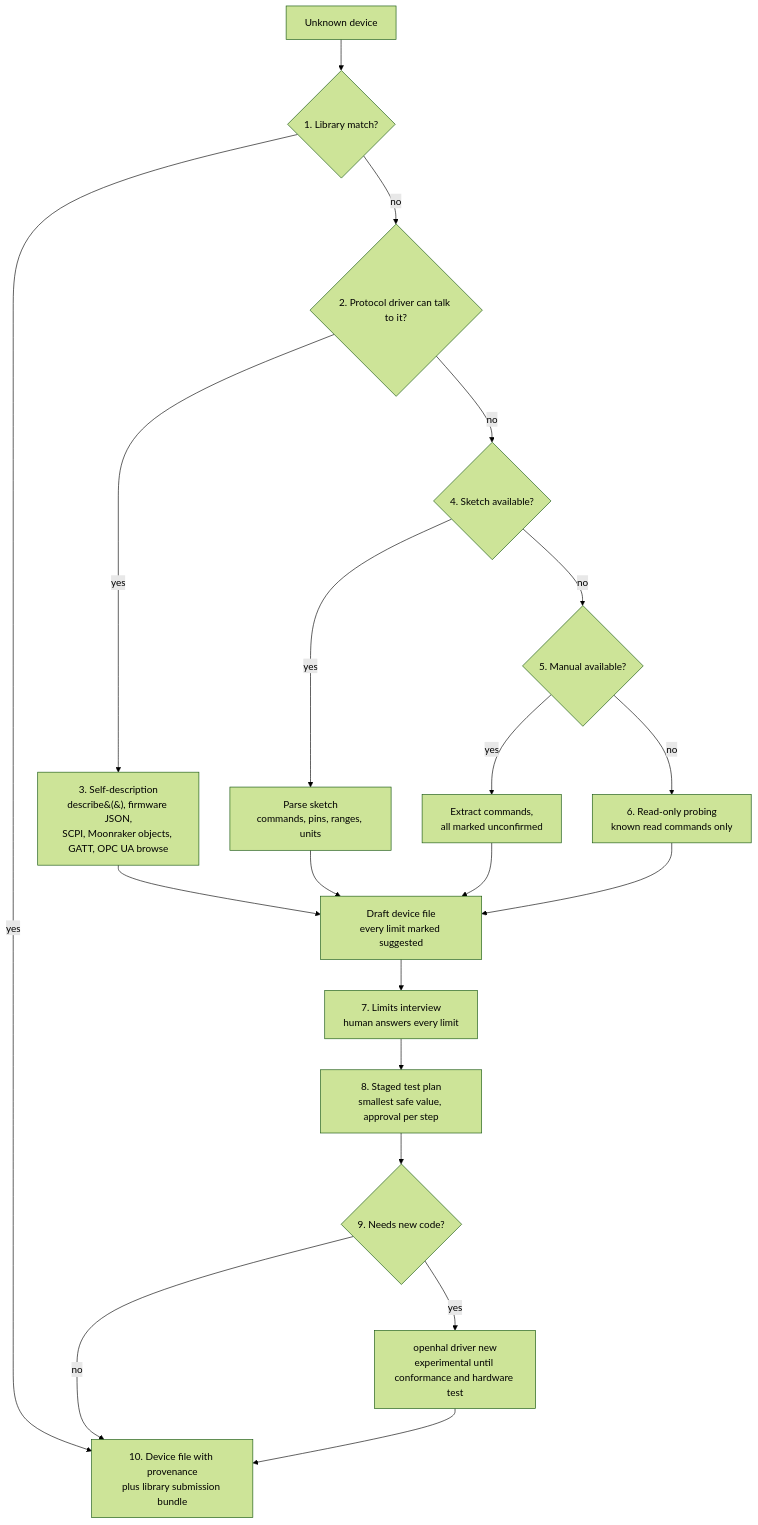
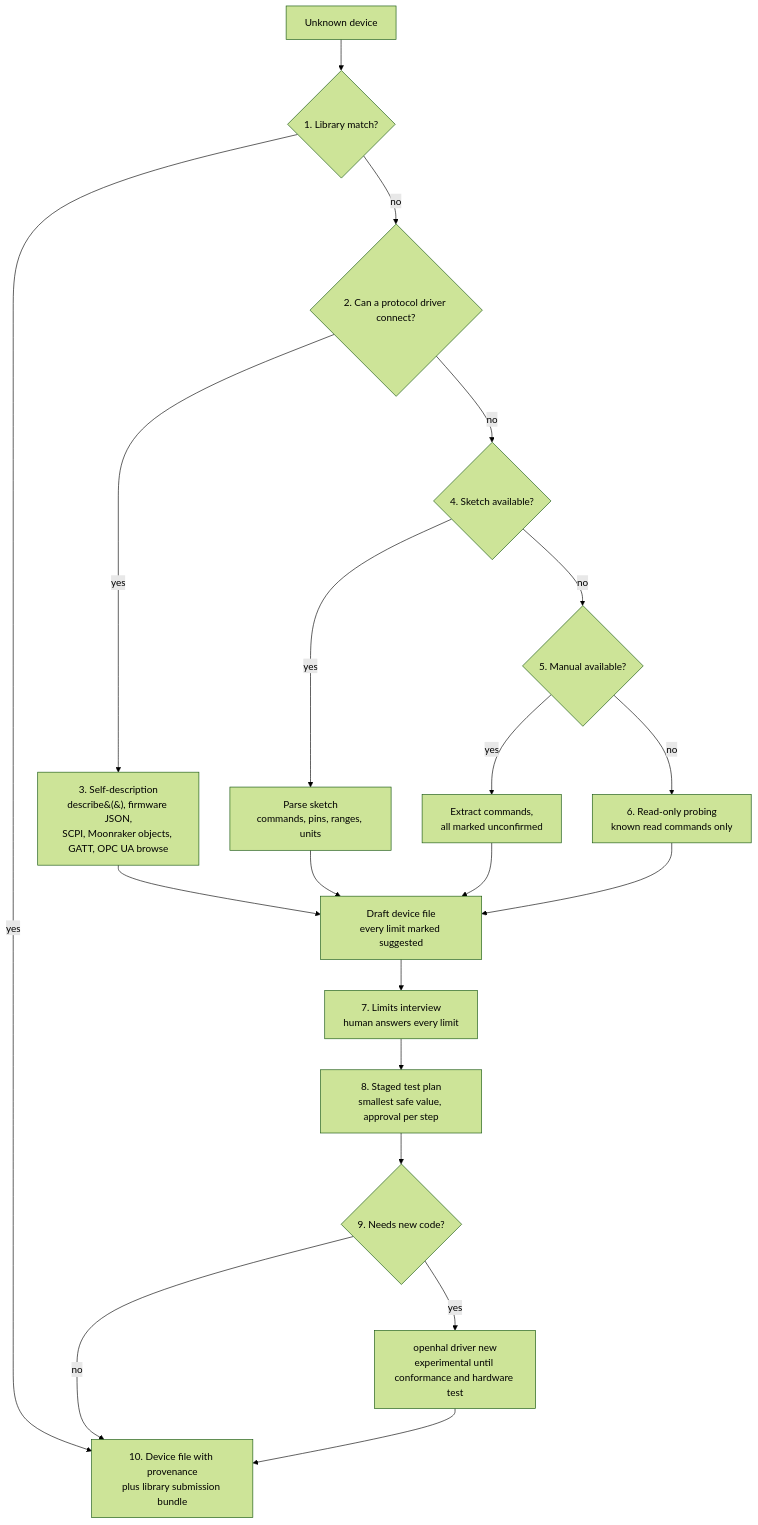
Before and after one commit to sohan-bhat/OpenHAL: the fourth of 7 diagrams in docs/ARCHITECTURE.md, drawn with Mermaid (forest theme). The commit also changed 4 other files, not shown here.

Commit message:
docs(architecture): ask whether a protocol driver can connect, in the writer diagram

````diff
--- a/docs/ARCHITECTURE.md
+++ b/docs/ARCHITECTURE.md
@@ -139,22 +139,22 @@
 ```mermaid
 flowchart TD
   START[Unknown device] --> LIB{1. Library match?}
   LIB -->|yes| DONE
-  LIB -->|no| PROT{2. Protocol driver can talk to it?}
+  LIB -->|no| PROT{2. Can a protocol driver connect?}
   PROT -->|yes| DESCRIBE[3. Self-description<br/>describe&#40;&#41;, firmware JSON,<br/>SCPI, Moonraker objects, GATT, OPC UA browse]
   PROT -->|no| CODE{4. Sketch available?}
   CODE -->|yes| SKETCH[Parse sketch<br/>commands, pins, ranges, units]
   CODE -->|no| MANUAL{5. Manual available?}
   MANUAL -->|yes| MAN[Extract commands,<br/>all marked unconfirmed]
   MANUAL -->|no| PROBE[6. Read-only probing<br/>known read commands only]
   DESCRIBE --> DRAFT[Draft device file<br/>every limit marked suggested]
   SKETCH --> DRAFT
   MAN --> DRAFT
   PROBE --> DRAFT
   DRAFT --> INT[7. Limits interview<br/>human answers every limit]
   INT --> PLAN[8. Staged test plan<br/>smallest safe value, approval per step]
   PLAN --> SCAF{9. Needs new code?}
   SCAF -->|yes| NEW[openhal driver new<br/>experimental until conformance and hardware test]
   SCAF -->|no| DONE[10. Device file with provenance<br/>plus library submission bundle]
   NEW --> DONE
 ```
````
